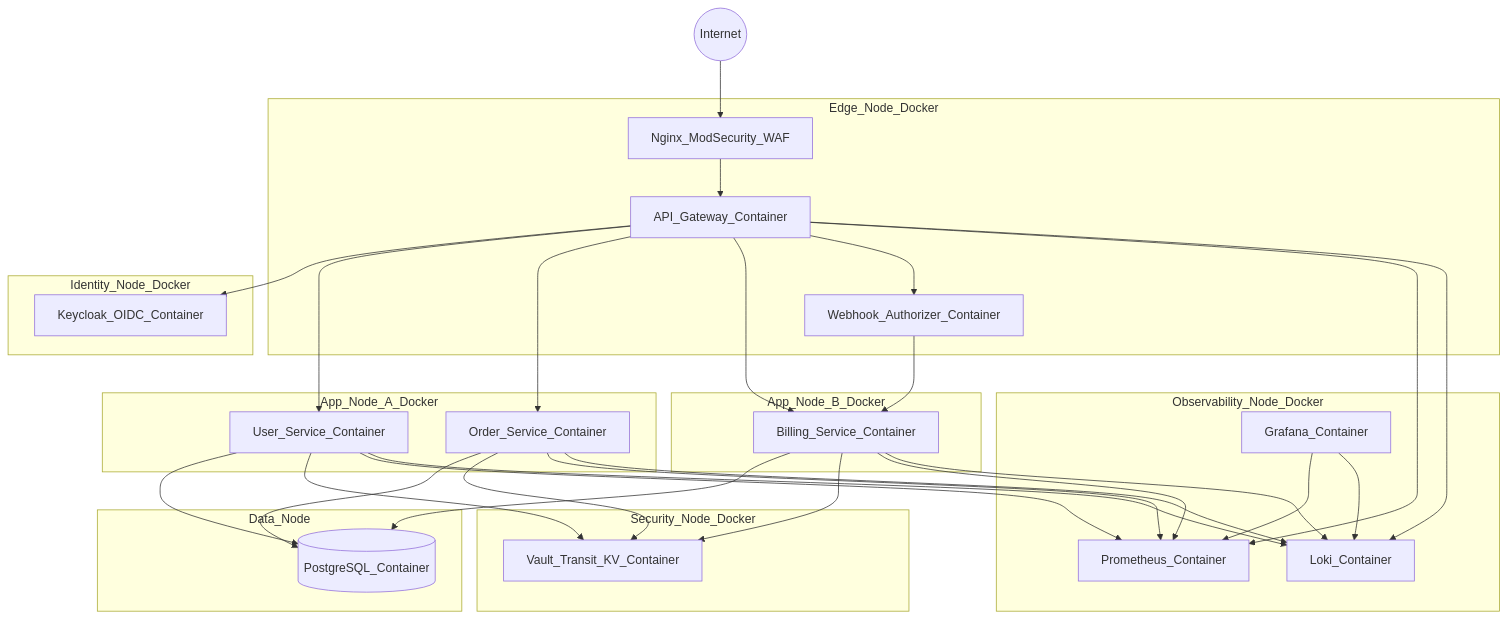
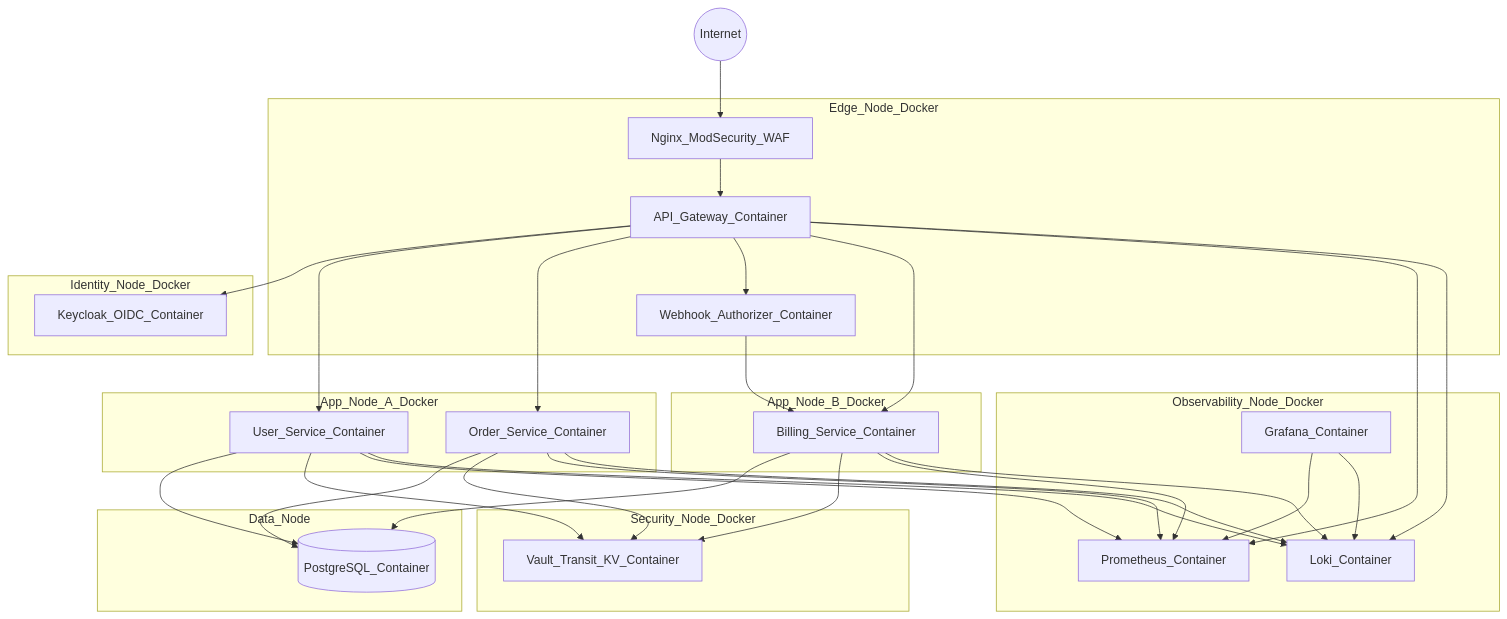
Before and after one commit to ntd4nh/NT219.Q22.ANTT: the third of 7 diagrams in docs/books/Kien-truc-he-thong-NT219.md, drawn with Mermaid. The commit also changed other lines of this file and 85 other files, not shown here.

````diff
--- a/docs/books/Kien-truc-he-thong-NT219.md
+++ b/docs/books/Kien-truc-he-thong-NT219.md
@@ -285,61 +285,61 @@
 ```mermaid
 flowchart TB
   Internet((Internet)) --> EdgeCF
 
   subgraph edgeNode [Edge_Node_Docker]
     EdgeCF[Nginx_ModSecurity_WAF]
     GW[API_Gateway_Container]
     WHA[Webhook_Authorizer_Container]
   end
 
   subgraph idNode [Identity_Node_Docker]
     IdP[Keycloak_OIDC_Container]
   end
 
   subgraph appNodeA [App_Node_A_Docker]
     US[User_Service_Container]
     OS[Order_Service_Container]
   end
 
   subgraph appNodeB [App_Node_B_Docker]
     BS[Billing_Service_Container]
   end
 
   subgraph dataNode [Data_Node]
     DB[(PostgreSQL_Container)]
   end
 
   subgraph secNode [Security_Node_Docker]
     Vault[Vault_Transit_KV_Container]
   end
 
   subgraph obsNode [Observability_Node_Docker]
     Prom[Prometheus_Container]
     Loki[Loki_Container]
     Grafana[Grafana_Container]
   end
 
   EdgeCF --> GW
   GW --> IdP
   GW --> US
   GW --> OS
-  GW --> BS
   GW --> WHA
   WHA --> BS
+  GW --> BS
   US --> DB
   OS --> DB
   BS --> DB
   US --> Vault
   OS --> Vault
   BS --> Vault
   GW --> Prom
   US --> Prom
   OS --> Prom
   BS --> Prom
   GW --> Loki
   US --> Loki
   OS --> Loki
   BS --> Loki
   Grafana --> Prom
   Grafana --> Loki
 ```
````
